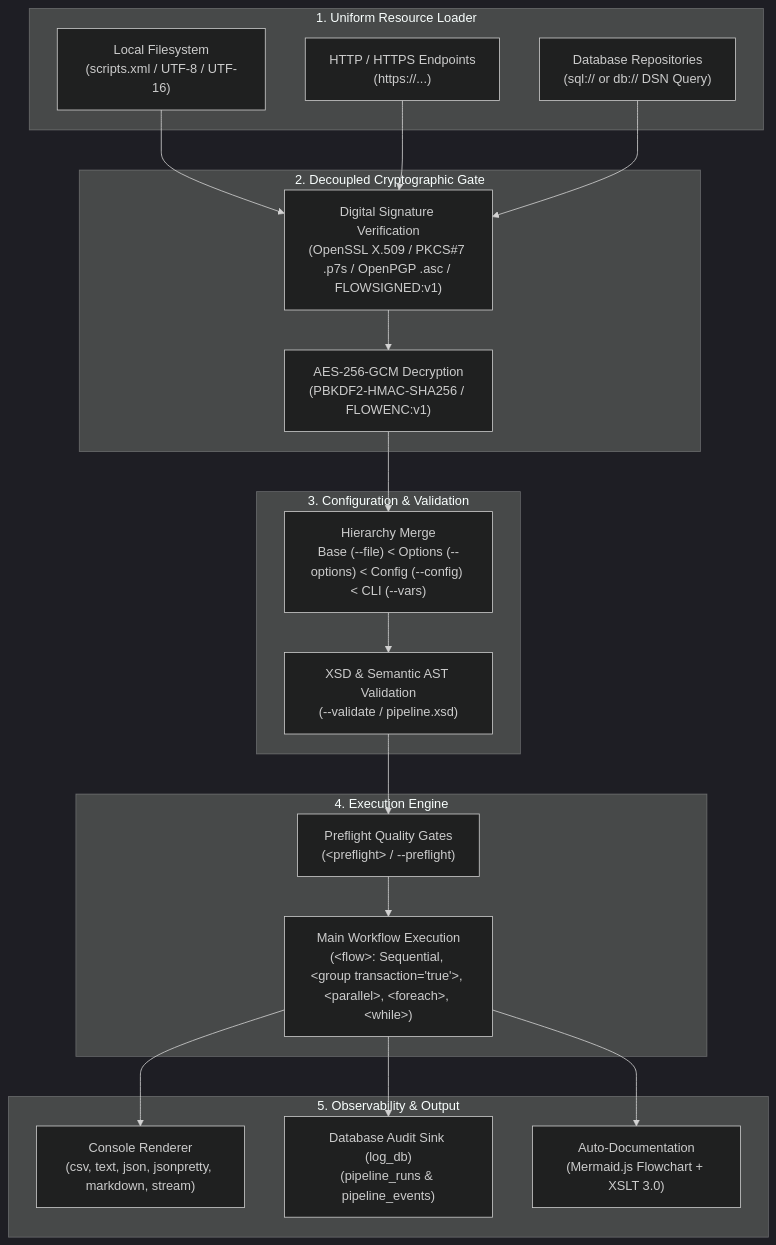
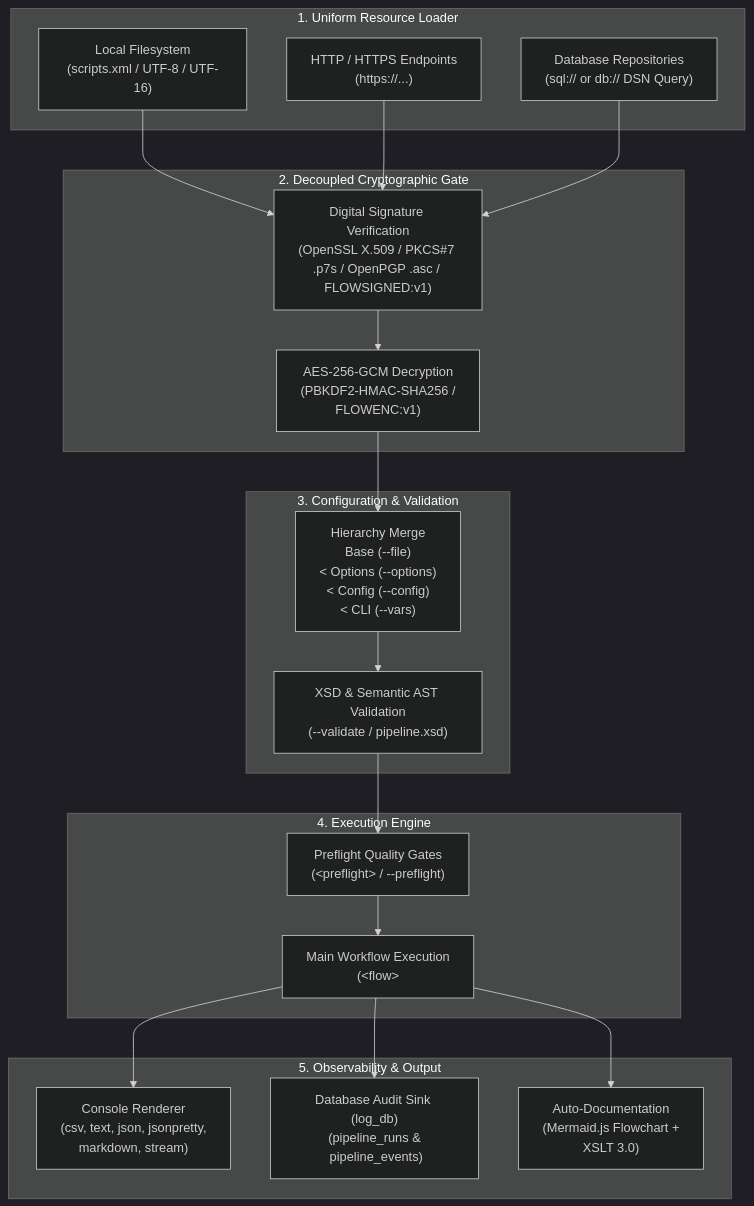
The diagram in docs/flow_executable.md (etl-madness/flow-docs), drawn with Mermaid (dark theme) before and after one commit. The commit also changed 4 other files, not shown here.

Commit message:
feat: git pages, mermaid graph cleanup v2

````diff
--- a/docs/flow_executable.md
+++ b/docs/flow_executable.md
@@ -38,37 +38,37 @@
 ```mermaid
 flowchart TD
     subgraph Sources["1. Uniform Resource Loader"]
         S1["Local Filesystem<br/>(scripts.xml / UTF-8 / UTF-16)"]
         S2["HTTP / HTTPS Endpoints<br/>(https://...)"]
         S3["Database Repositories<br/>(sql:// or db:// DSN Query)"]
     end
 
     subgraph Security["2. Decoupled Cryptographic Gate"]
         V["Digital Signature Verification<br/>(OpenSSL X.509 / PKCS#7 .p7s / OpenPGP .asc / FLOWSIGNED:v1)"]
-        D["AES-256-GCM Decryption<br/>(PBKDF2-HMAC-SHA256 / FLOWENC:v1)"]
+        D["AES-256-GCM Decryption<br/>(PBKDF2-HMAC-SHA256 /<br/> FLOWENC:v1)"]
     end
 
     subgraph Config["3. Configuration & Validation"]
-        H["Hierarchy Merge<br/>Base (--file) &lt; Options (--options) &lt; Config (--config) &lt; CLI (--vars)"]
+        H["Hierarchy Merge<br/>Base (--file) <br/>&lt; Options (--options) <br/>&lt; Config (--config) <br/>&lt; CLI (--vars)"]
         X["XSD &amp; Semantic AST Validation<br/>(--validate / pipeline.xsd)"]
     end
 
     subgraph Runtime["4. Execution Engine"]
         PRE["Preflight Quality Gates<br/>(&lt;preflight&gt; / --preflight)"]
-        FLOW["Main Workflow Execution<br/>(&lt;flow&gt;: Sequential, &lt;group transaction='true'&gt;, &lt;parallel&gt;, &lt;foreach&gt;, &lt;while&gt;)"]
+        FLOW["Main Workflow Execution<br/>(&lt;flow&gt;"]
     end
 
     subgraph Telemetry["5. Observability &amp; Output"]
-        OUT["Console Renderer<br/>(csv, text, json, jsonpretty, markdown, stream)"]
-        LOG["Database Audit Sink (log_db)<br/>(pipeline_runs &amp; pipeline_events)"]
-        DOC["Auto-Documentation<br/>(Mermaid.js Flowchart + XSLT 3.0)"]
+        OUT["Console Renderer<br/>(csv, text, json, jsonpretty,<br/> markdown, stream)"]
+        LOG["Database Audit Sink (log_db)<br/>(pipeline_runs &amp;<br/> pipeline_events)"]
+        DOC["Auto-Documentation<br/>(Mermaid.js Flowchart +<br/> XSLT 3.0)"]
     end
 
     S1 & S2 & S3 --> V
     V --> D
     D --> H
     H --> X
     X --> PRE
     PRE --> FLOW
     FLOW --> OUT & LOG & DOC
 ```
````
